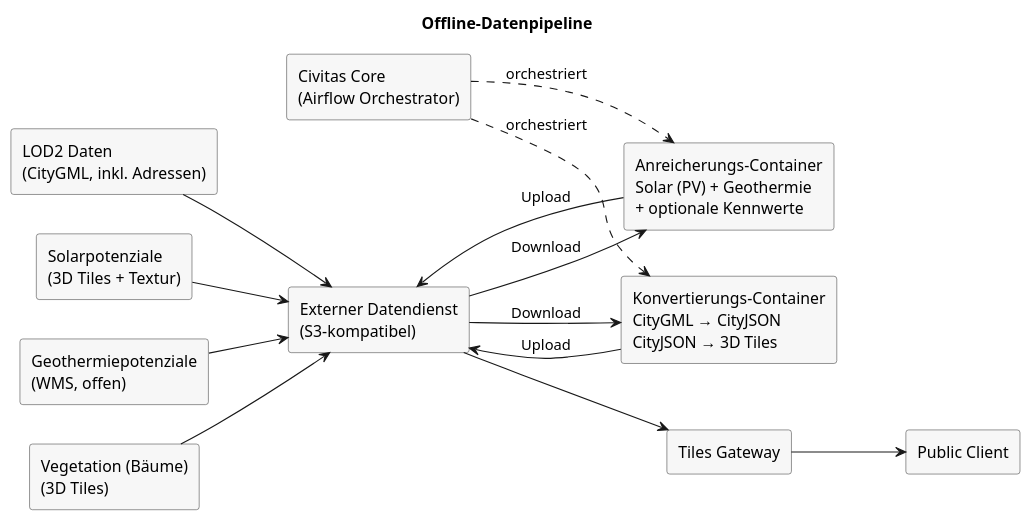
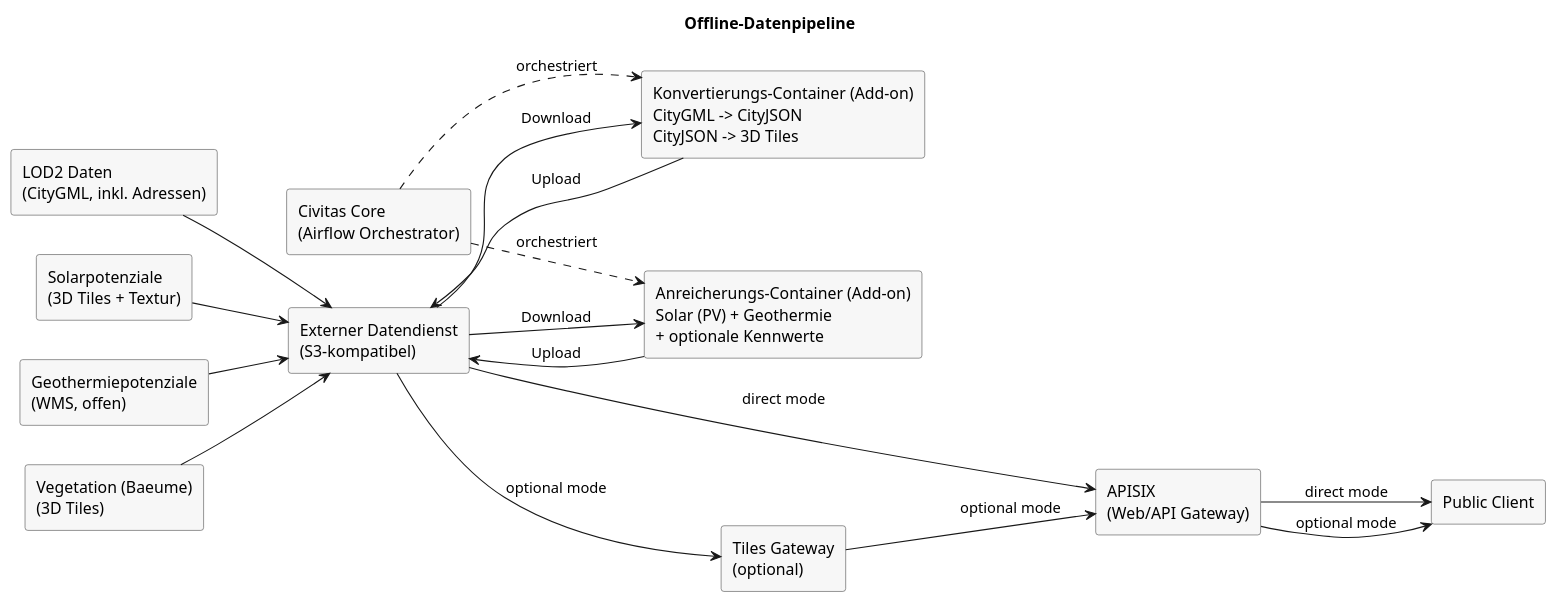
One commit to csi-FOXBYTE/Regensburg_DigitalerEnergieZwilling_Backend changed the diagram in docs/architecture/raw/offline-data-pipeline.puml. Above: the diagram before and after it, drawn with PlantUML. The commit also changed 36 other files, not shown here.

```diff
--- a/docs/architecture/raw/offline-data-pipeline.puml
+++ b/docs/architecture/raw/offline-data-pipeline.puml
@@ -1,38 +1,42 @@
 @startuml
 left to right direction
 skinparam rectangle {
   BackgroundColor #F7F7F7
   BorderColor #444444
 }
 
 title Offline-Datenpipeline
 
 rectangle "LOD2 Daten\n(CityGML, inkl. Adressen)" as lod2
 rectangle "Solarpotenziale\n(3D Tiles + Textur)" as solar
 rectangle "Geothermiepotenziale\n(WMS, offen)" as geo
-rectangle "Vegetation (Bäume)\n(3D Tiles)" as trees
+rectangle "Vegetation (Baeume)\n(3D Tiles)" as trees
 
 rectangle "Externer Datendienst\n(S3-kompatibel)" as s3
 rectangle "Civitas Core\n(Airflow Orchestrator)" as airflow
-rectangle "Konvertierungs-Container\nCityGML → CityJSON\nCityJSON → 3D Tiles" as convert
-rectangle "Anreicherungs-Container\nSolar (PV) + Geothermie\n+ optionale Kennwerte" as enrich
+rectangle "Konvertierungs-Container (Add-on)\nCityGML -> CityJSON\nCityJSON -> 3D Tiles" as convert
+rectangle "Anreicherungs-Container (Add-on)\nSolar (PV) + Geothermie\n+ optionale Kennwerte" as enrich
 
-rectangle "Tiles Gateway" as gw
+rectangle "APISIX\n(Web/API Gateway)" as apisix
+rectangle "Tiles Gateway\n(optional)" as gw
 rectangle "Public Client" as client
 
 lod2 --> s3
 solar --> s3
 geo --> s3
 trees --> s3
 
 airflow ..> convert : orchestriert
 airflow ..> enrich : orchestriert
 s3 --> convert : Download
 convert --> s3 : Upload
 s3 --> enrich : Download
 enrich --> s3 : Upload
 
-s3 --> gw
-gw --> client
+s3 --> apisix : direct mode
+apisix --> client : direct mode
+s3 --> gw : optional mode
+gw --> apisix : optional mode
+apisix --> client : optional mode
 
 @enduml
```
